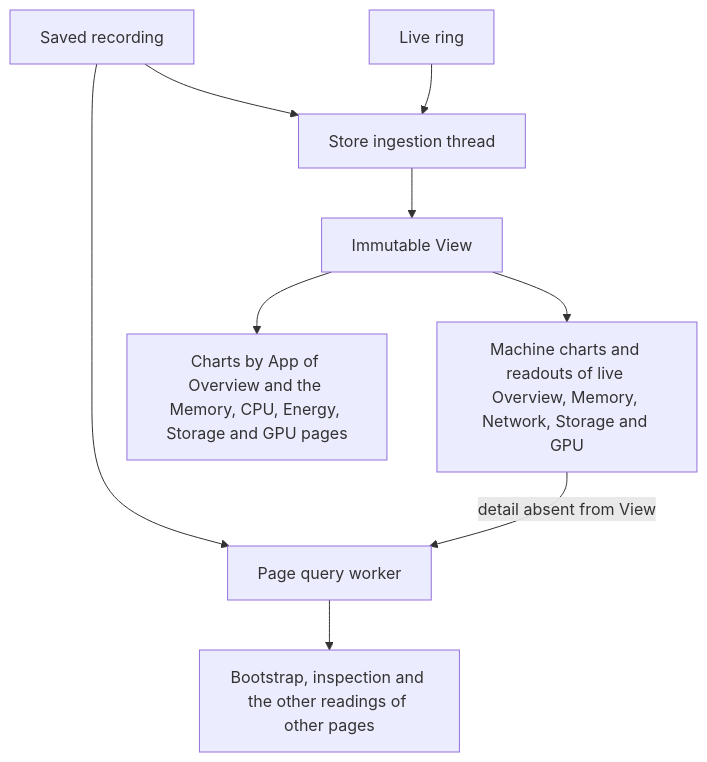
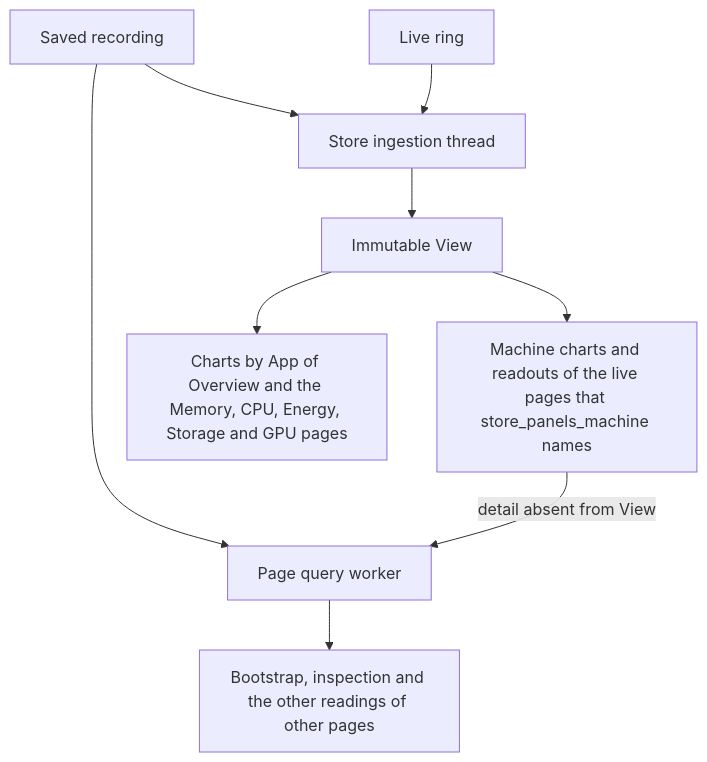
One commit to joaofnds/flightdeck changed the second of 3 diagrams in docs/architecture.md. Above: the diagram before and after it, drawn with Mermaid. The commit also changed other lines of this file and 15 other files, not shown here.

First line of the commit message:
draw the battery page from the store's view

````diff
--- a/docs/architecture.md
+++ b/docs/architecture.md
@@ -128,11 +128,11 @@
 ```mermaid
 flowchart TD
     Saved[Saved recording] --> Store[Store ingestion thread]
     Ring[Live ring] --> Store
     Saved --> Worker[Page query worker]
     Store --> View[Immutable View]
-    View --> Machine[Machine charts and readouts of live Overview, Memory, Network, Storage and GPU]
+    View --> Machine[Machine charts and readouts of the live pages that store_panels_machine names]
     View --> AppCharts[Charts by App of Overview and the Memory, CPU, Energy, Storage and GPU pages]
     Worker --> Pages[Bootstrap, inspection and the other readings of other pages]
     Machine -->|detail absent from View| Worker
 ```
````
